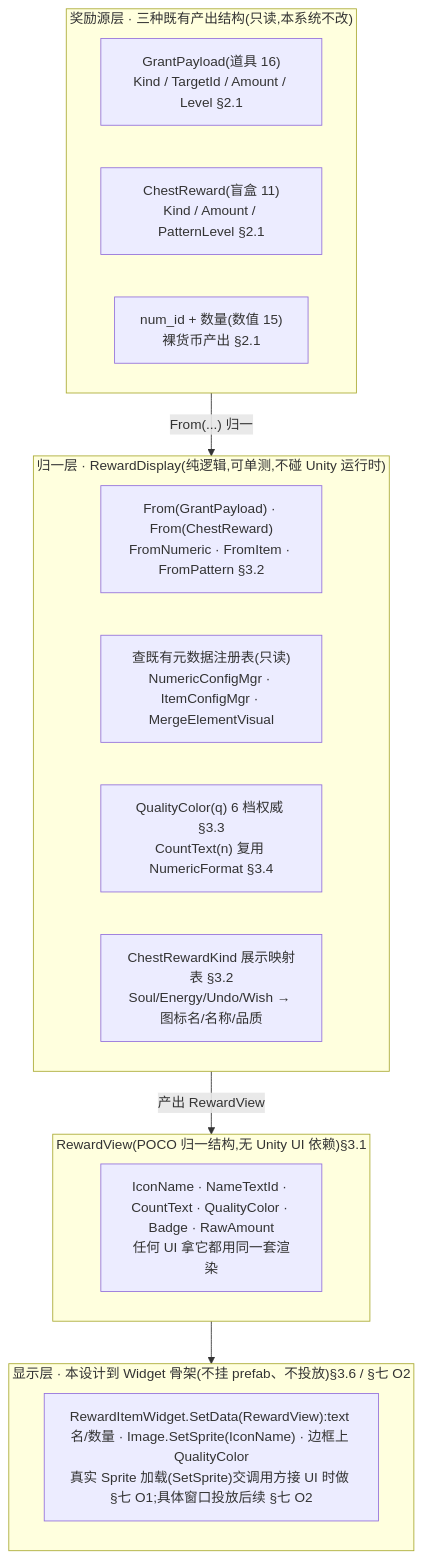
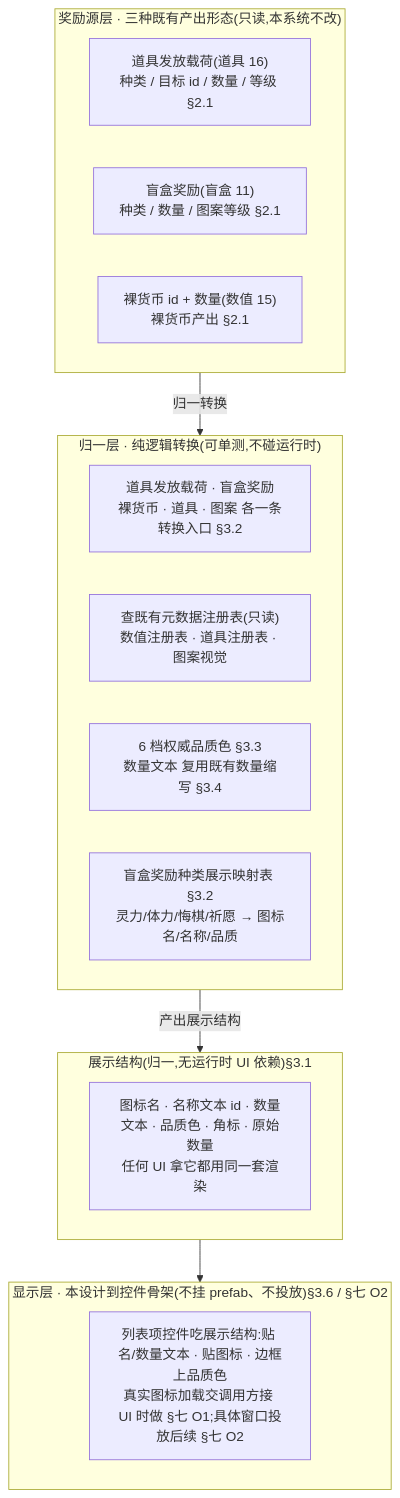
Before and after one commit to zhoupeng921101/TEngine_zp: the first of 2 diagrams in UnityProject/design-docs/17-reward-display.md, drawn with Mermaid. The commit also changed other lines of this file and 20 other files, not shown here.

````diff
--- a/UnityProject/design-docs/17-reward-display.md
+++ b/UnityProject/design-docs/17-reward-display.md
@@ -76,23 +75,23 @@
 ```mermaid
 flowchart TD
-    subgraph src["奖励源层 · 三种既有产出结构(只读,本系统不改)"]
-        s1["GrantPayload(道具 16)<br/>Kind / TargetId / Amount / Level §2.1"]
-        s2["ChestReward(盲盒 11)<br/>Kind / Amount / PatternLevel §2.1"]
-        s3["num_id + 数量(数值 15)<br/>裸货币产出 §2.1"]
+    subgraph src["奖励源层 · 三种既有产出形态(只读,本系统不改)"]
+        s1["道具发放载荷(道具 16)<br/>种类 / 目标 id / 数量 / 等级 §2.1"]
+        s2["盲盒奖励(盲盒 11)<br/>种类 / 数量 / 图案等级 §2.1"]
+        s3["裸货币 id + 数量(数值 15)<br/>裸货币产出 §2.1"]
     end
-    subgraph norm["归一层 · RewardDisplay(纯逻辑,可单测,不碰 Unity 运行时)"]
-        n1["From(GrantPayload) · From(ChestReward)<br/>FromNumeric · FromItem · FromPattern §3.2"]
-        n2["查既有元数据注册表(只读)<br/>NumericConfigMgr · ItemConfigMgr · MergeElementVisual"]
-        n3["QualityColor(q) 6 档权威 §3.3<br/>CountText(n) 复用 NumericFormat §3.4"]
-        n4["ChestRewardKind 展示映射表 §3.2<br/>Soul/Energy/Undo/Wish → 图标名/名称/品质"]
+    subgraph norm["归一层 · 纯逻辑转换(可单测,不碰运行时)"]
+        n1["道具发放载荷 · 盲盒奖励<br/>裸货币 · 道具 · 图案 各一条转换入口 §3.2"]
+        n2["查既有元数据注册表(只读)<br/>数值注册表 · 道具注册表 · 图案视觉"]
+        n3["6 档权威品质色 §3.3<br/>数量文本 复用既有数量缩写 §3.4"]
+        n4["盲盒奖励种类展示映射表 §3.2<br/>灵力/体力/悔棋/祈愿 → 图标名/名称/品质"]
     end
-    subgraph view["RewardView(POCO 归一结构,无 Unity UI 依赖)§3.1"]
-        v1["IconName · NameTextId · CountText · QualityColor · Badge · RawAmount<br/>任何 UI 拿它都用同一套渲染"]
+    subgraph view["展示结构(归一,无运行时 UI 依赖)§3.1"]
+        v1["图标名 · 名称文本 id · 数量文本 · 品质色 · 角标 · 原始数量<br/>任何 UI 拿它都用同一套渲染"]
     end
-    subgraph disp["显示层 · 本设计到 Widget 骨架(不挂 prefab、不投放)§3.6 / §七 O2"]
-        d1["RewardItemWidget.SetData(RewardView):text 名/数量 · Image.SetSprite(IconName) · 边框上 QualityColor<br/>真实 Sprite 加载(SetSprite)交调用方接 UI 时做 §七 O1;具体窗口投放后续 §七 O2"]
+    subgraph disp["显示层 · 本设计到控件骨架(不挂 prefab、不投放)§3.6 / §七 O2"]
+        d1["列表项控件吃展示结构:贴 名/数量文本 · 贴图标 · 边框上品质色<br/>真实图标加载交调用方接 UI 时做 §七 O1;具体窗口投放后续 §七 O2"]
     end
-    src -->|"From(...) 归一"| norm
-    norm -->|产出 RewardView| view
+    src -->|"归一转换"| norm
+    norm -->|产出展示结构| view
     view --> disp
 ```
````
